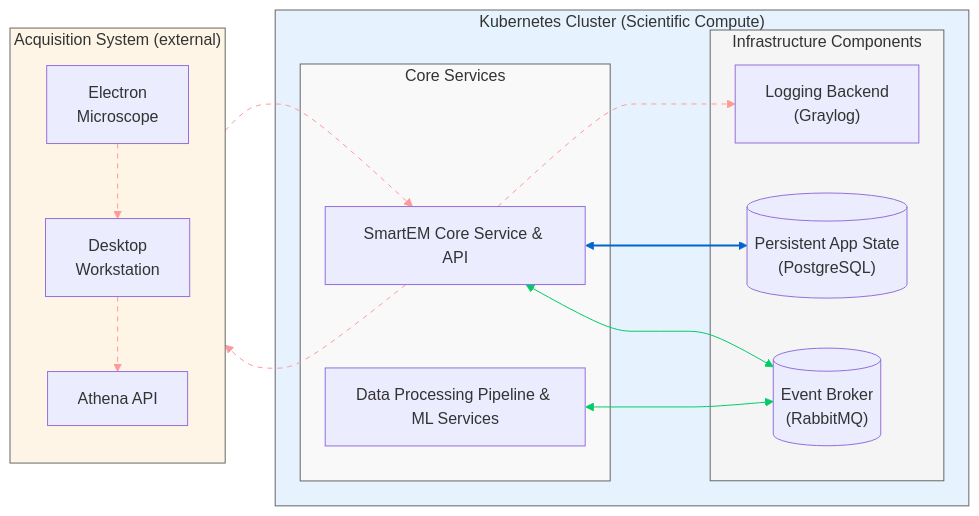
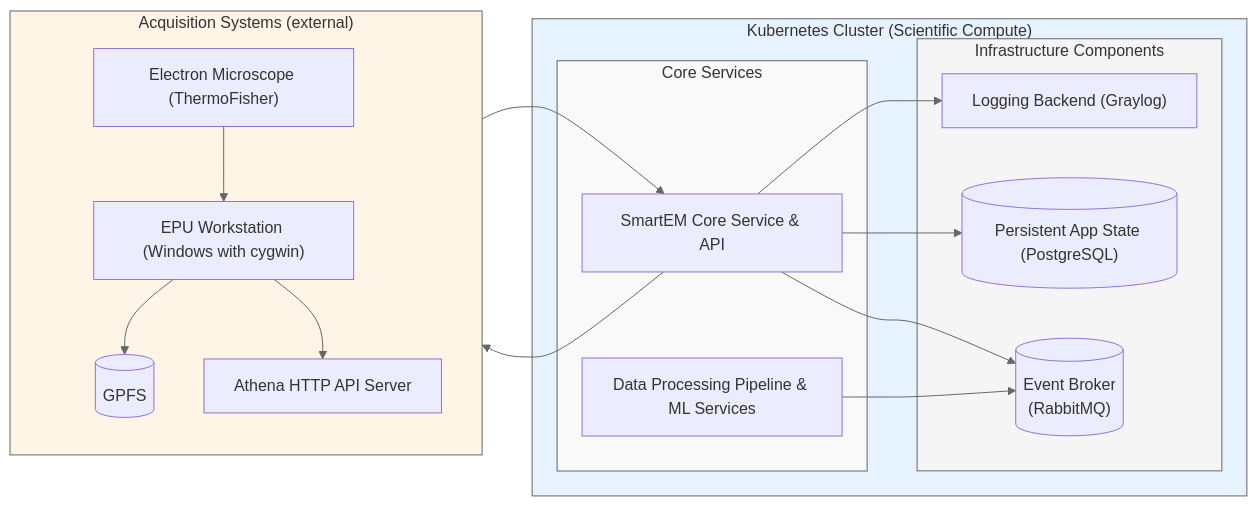
The diagram in README.md (DiamondLightSource/smartem-decisions), drawn with Mermaid before and after one commit. The commit also changed 1 other file, not shown here.

Commit message:
added a mermaid diagram providing an overview of system architecture

````diff
--- a/README.md
+++ b/README.md
@@ -37,49 +37,49 @@
 ```mermaid
 graph LR
     subgraph k8s["Kubernetes Cluster (Scientific Compute)"]
         subgraph core["Core Services"]
             api["SmartEM Core Service & API"]
             dp["Data Processing Pipeline & ML Services"]
         end
-        
+
         subgraph infrastructure["Infrastructure Components"]
-            log["Logging Backend\n(Graylog)"]
-            db[("Persistent App State\n(PostgreSQL)")]
+            log["Logging Backend (Graylog)"]
+            db[("Persistent App State (PostgreSQL)")]
             mq[("Event Broker\n(RabbitMQ)")]
         end
     end
-    
-    subgraph ext["Acquisition System (external)"]
+
+    subgraph ext["Acquisition Systems (external)"]
         direction TB
-        em["Electron\nMicroscope"]
-        ws["Desktop\nWorkstation"]
-        athena["Athena API"]
+        em["Electron Microscope (ThermoFisher)"]
+        gpfs[("GPFS")]
+        epu["EPU Workstation (Windows with cygwin)"]
+        athena["Athena HTTP API Server"]
     end
-    
+
     %% Internal connections
-    api <===> db
-    api <--> mq
-    dp <--> mq
-    api -.-> log
-    
+    api --> db
+    api --> mq
+    dp --> mq
+    api --> log
+
     %% External connections
-    em -.-> ws
-    ws -.-> athena
-    api -.-> athena
-    ws -.-> api
-    
+    em --> epu
+    epu --> gpfs
+    epu --> athena
+    api --> athena
+    epu --> api
+
     %% Styling
     classDef k8s fill:#e6f3ff,stroke:#666
     classDef core fill:#f9f9f9,stroke:#666
     classDef infra fill:#f5f5f5,stroke:#666
     classDef ext fill:#fff5e6,stroke:#666
-    
+
     class k8s k8s
     class core core
     class infrastructure infra
     class ext ext
     %% Link styling
-    linkStyle 0 stroke:#0066cc,stroke-width:2
-    linkStyle 1,2 stroke:#00cc66
-    linkStyle 3,4,5,6,7 stroke:#ff9999,stroke-dasharray: 5, 5
+    linkStyle 0,1,2,3,4,5,6,7,8 stroke:#666
 ```
````
